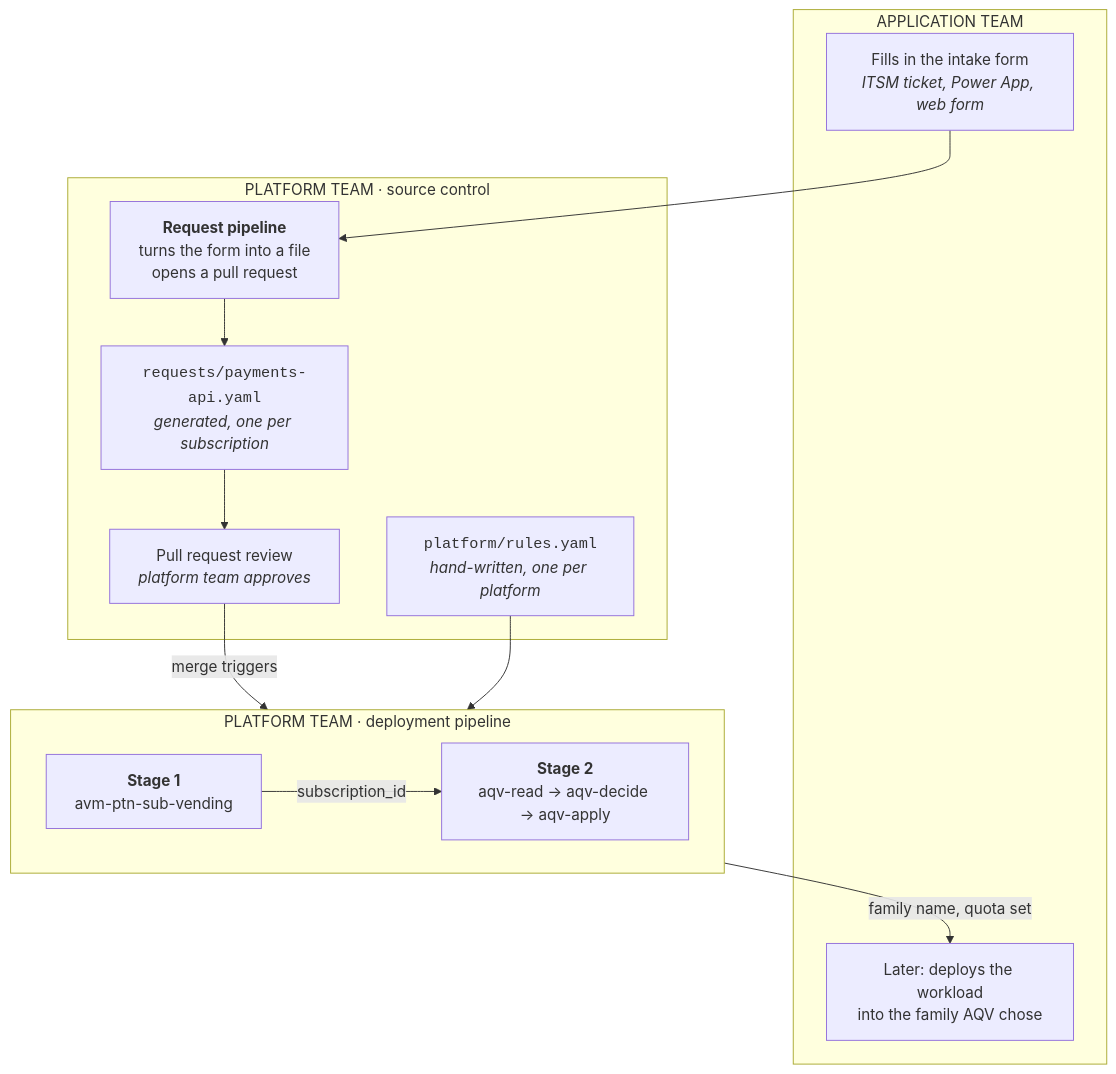
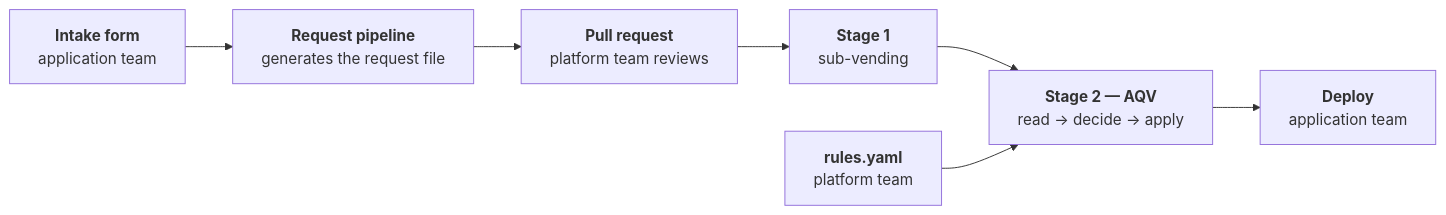
Before and after one commit to chrislittle/azure-placement-engine: the first of 2 diagrams in docs/GUIDE.md, drawn with Mermaid. The commit also changed other lines of this file and 1 other file, not shown here.

Commit message:
Redraw the diagrams as linear flows
Mermaid subgraphs are not swimlanes. Wrapping the application team's two nodes
in one produced a box spanning the whole height of the diagram, because those
nodes sit at opposite ends of the flow. The result was a thousand pixels tall,
mostly empty, with edges crossing between lanes and node text breaking mid-word.

The ownership is now in the node labels instead, and the flow runs left to
right: form, request pipeline, pull request, stage 1, stage 2, deploy, with
rules.yaml joining at stage 2. Six boxes in a line, and the sentence beneath
says which two the application team touches.

The README diagram had the same fault plus hardcoded fills that invert badly in
dark mode. Redrawn the same way.

Dropped a third diagram that had become a duplicate. "Where AQV fits" was
redrawing the pipeline that "Who does what" already shows, so it keeps the task
table and loses the picture. Three diagrams remain, one purpose each: the
pipeline, the ownership boundary, and the four decision gates.

````diff
--- a/docs/GUIDE.md
+++ b/docs/GUIDE.md
@@ -30,26 +30,12 @@
 ```mermaid
-flowchart TB
-    subgraph APP["APPLICATION TEAM"]
-        F["Fills in the intake form<br/><i>ITSM ticket, Power App, web form</i>"]
-        DEP["Later: deploys the workload<br/>into the family AQV chose"]
-    end
+flowchart LR
+    F["<b>Intake form</b><br/>application team"]
+    RP["<b>Request pipeline</b><br/>generates the request file"]
+    PR["<b>Pull request</b><br/>platform team reviews"]
+    S1["<b>Stage 1</b><br/>sub-vending"]
+    S2["<b>Stage 2 — AQV</b><br/>read → decide → apply"]
+    DEP["<b>Deploy</b><br/>application team"]
 
-    subgraph PLATREPO["PLATFORM TEAM · source control"]
-        RP["<b>Request pipeline</b><br/>turns the form into a file<br/>opens a pull request"]
-        RY["<code>requests/payments-api.yaml</code><br/><i>generated, one per subscription</i>"]
-        RU["<code>platform/rules.yaml</code><br/><i>hand-written, one per platform</i>"]
-        REV["Pull request review<br/><i>platform team approves</i>"]
-    end
-
-    subgraph PIPE["PLATFORM TEAM · deployment pipeline"]
-        direction LR
-        S1["<b>Stage 1</b><br/>avm-ptn-sub-vending"]
-        S2["<b>Stage 2</b><br/>aqv-read → aqv-decide → aqv-apply"]
-        S1 -->|subscription_id| S2
-    end
-
-    F --> RP --> RY --> REV
-    REV -->|merge triggers| PIPE
-    RU --> PIPE
-    S2 -->|"family name, quota set"| DEP
+    F --> RP --> PR --> S1 --> S2 --> DEP
+    RULES["<b>rules.yaml</b><br/>platform team"] --> S2
 ```
````
